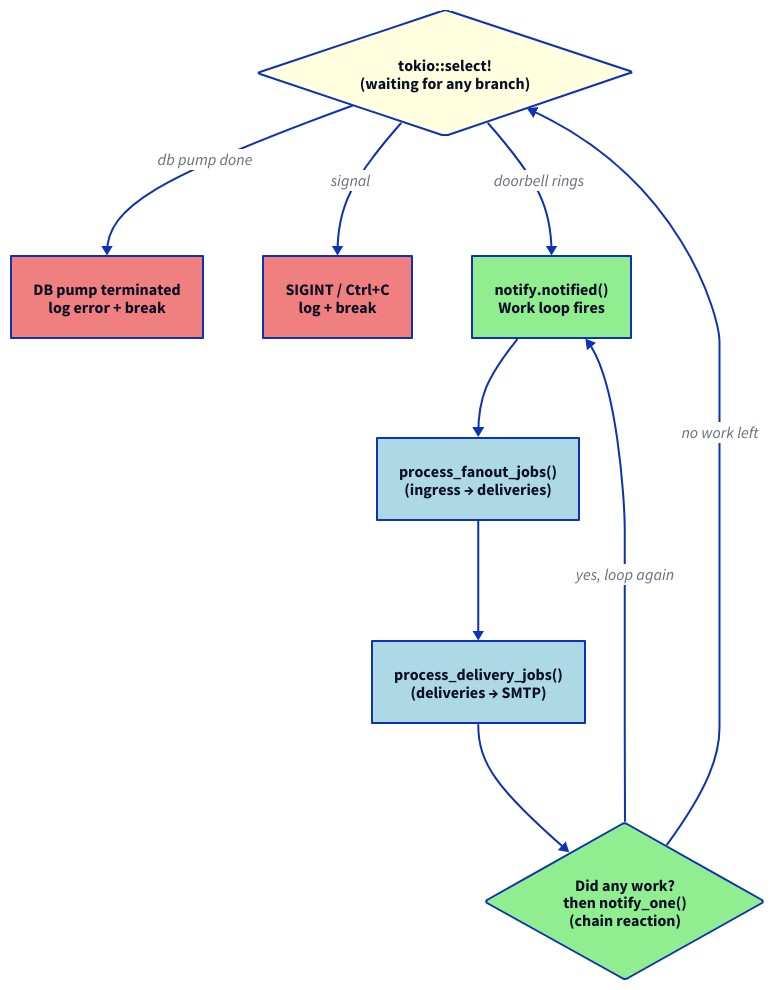
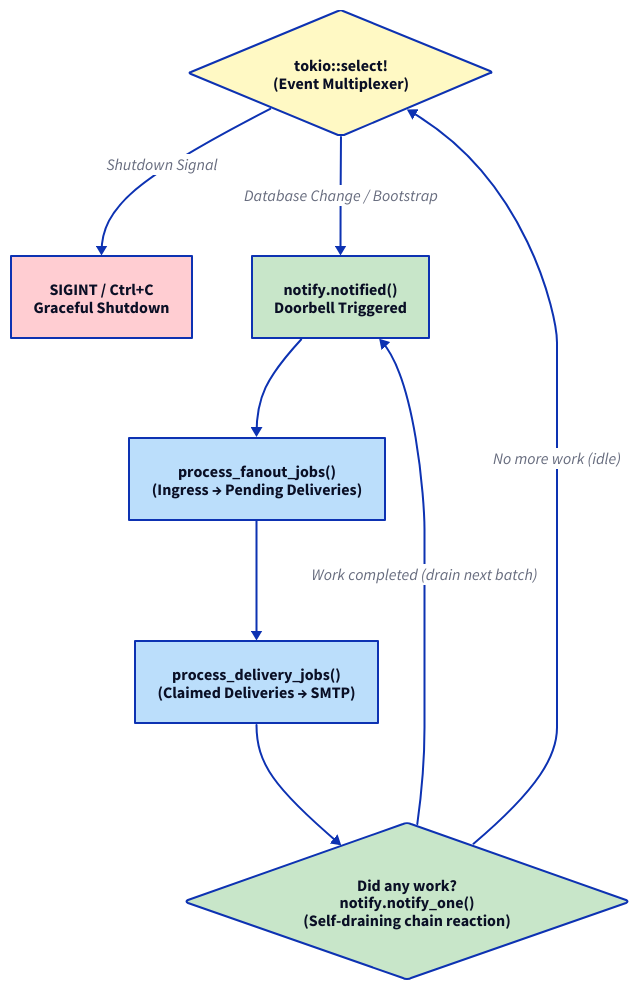
One commit to enaut/kommunikationszentrum changed the diagram in docs/src/core/sender/control-flow-main-event-loop.d2. Above: the diagram before and after it, drawn with D2. The commit also changed 18 other files, not shown here.

```diff
--- a/docs/src/core/sender/control-flow-main-event-loop.d2
+++ b/docs/src/core/sender/control-flow-main-event-loop.d2
@@ -1,25 +1,23 @@
 direction: down
 
-wait: "tokio::select!\n(waiting for any branch)" {
+wait: "tokio::select!\n(Event Multiplexer)" {
   shape: diamond
-  style.fill: lightyellow
+  style.fill: "#fff9c4"
 }
-db_err: "DB pump terminated\nlog error + break" { style.fill: lightcoral }
-ctrl_c: "SIGINT / Ctrl+C\nlog + break" { style.fill: lightcoral }
-work: "notify.notified()\nWork loop fires" { style.fill: lightgreen }
+ctrl_c: "SIGINT / Ctrl+C\nGraceful Shutdown" { style.fill: "#ffcdd2" }
+work: "notify.notified()\nDoorbell Triggered" { style.fill: "#c8e6c9" }
 
-fanout: "process_fanout_jobs()\n(ingress → deliveries)" { style.fill: lightblue }
-delivery: "process_delivery_jobs()\n(deliveries → SMTP)" { style.fill: lightblue }
-more: "Did any work?\nthen notify_one()\n(chain reaction)" {
+fanout: "process_fanout_jobs()\n(Ingress → Pending Deliveries)" { style.fill: "#bbdefb" }
+delivery: "process_delivery_jobs()\n(Claimed Deliveries → SMTP)" { style.fill: "#bbdefb" }
+more: "Did any work?\nnotify.notify_one()\n(Self-draining chain reaction)" {
   shape: diamond
-  style.fill: lightgreen
+  style.fill: "#c8e6c9"
 }
 
-wait -> db_err: "db pump done"
-wait -> ctrl_c: "signal"
-wait -> work: "doorbell rings"
+wait -> ctrl_c: "Shutdown Signal"
+wait -> work: "Database Change / Bootstrap"
 work -> fanout
 fanout -> delivery
 delivery -> more
-more -> wait: "no work left"
-more -> work: "yes, loop again"
+more -> wait: "No more work (idle)"
+more -> work: "Work completed (drain next batch)"
```
